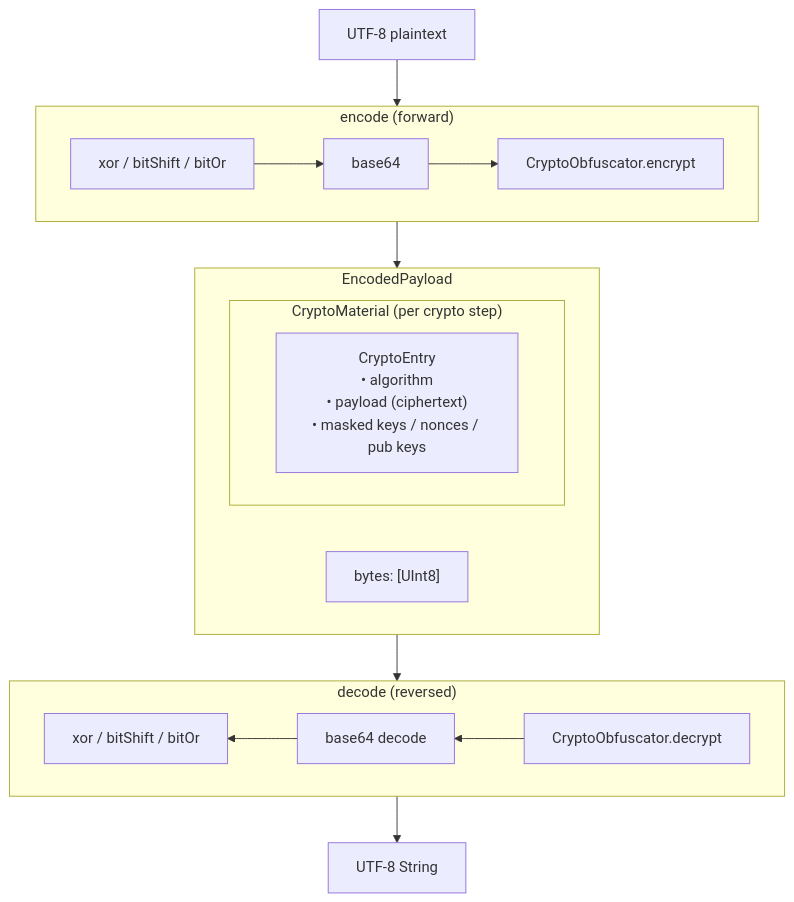
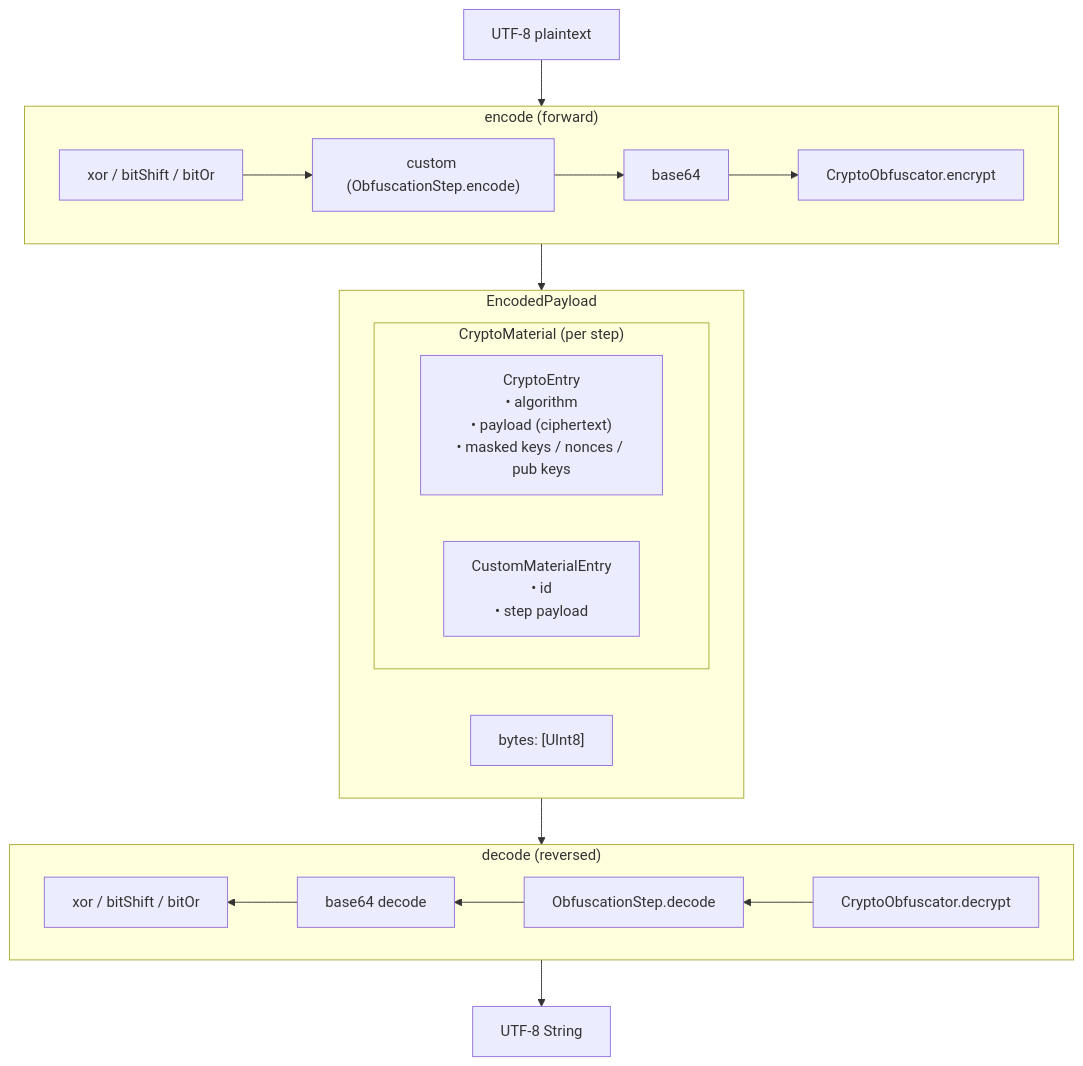
The fourth of 8 diagrams in docs/ARCHITECTURE.md (tomisacat/Obfuscated), drawn with Mermaid before and after one commit. The commit also changed other lines of this file and 30 other files, not shown here.

Commit message:
Support user custom obfuscation method

````diff
--- a/docs/ARCHITECTURE.md
+++ b/docs/ARCHITECTURE.md
@@ -110,35 +121,38 @@
 ```mermaid
 flowchart TB
     IN["UTF-8 plaintext"] --> ENC
 
     subgraph ENC["encode (forward)"]
         direction LR
         E1["xor / bitShift / bitOr"]
+        E1b["custom (ObfuscationStep.encode)"]
         E2["base64"]
         E3["CryptoObfuscator.encrypt"]
-        E1 --> E2 --> E3
+        E1 --> E1b --> E2 --> E3
     end
 
     ENC --> OUT["EncodedPayload"]
 
     subgraph OUT["EncodedPayload"]
         BYTES["bytes: [UInt8]"]
         MATBOX["material: CryptoMaterial"]
     end
 
-    subgraph MATBOX["CryptoMaterial (per crypto step)"]
+    subgraph MATBOX["CryptoMaterial (per step)"]
         ENTRY["CryptoEntry\n• algorithm\n• payload (ciphertext)\n• masked keys / nonces / pub keys"]
+        CUSTOM["CustomMaterialEntry\n• id\n• step payload"]
     end
 
     OUT --> DEC
 
     subgraph DEC["decode (reversed)"]
         direction RL
         D3["CryptoObfuscator.decrypt"]
+        D3b["ObfuscationStep.decode"]
         D2["base64 decode"]
         D1["xor / bitShift / bitOr"]
-        D3 --> D2 --> D1
+        D3 --> D3b --> D2 --> D1
     end
 
     DEC --> UTF["UTF-8 String"]
 ```
````
